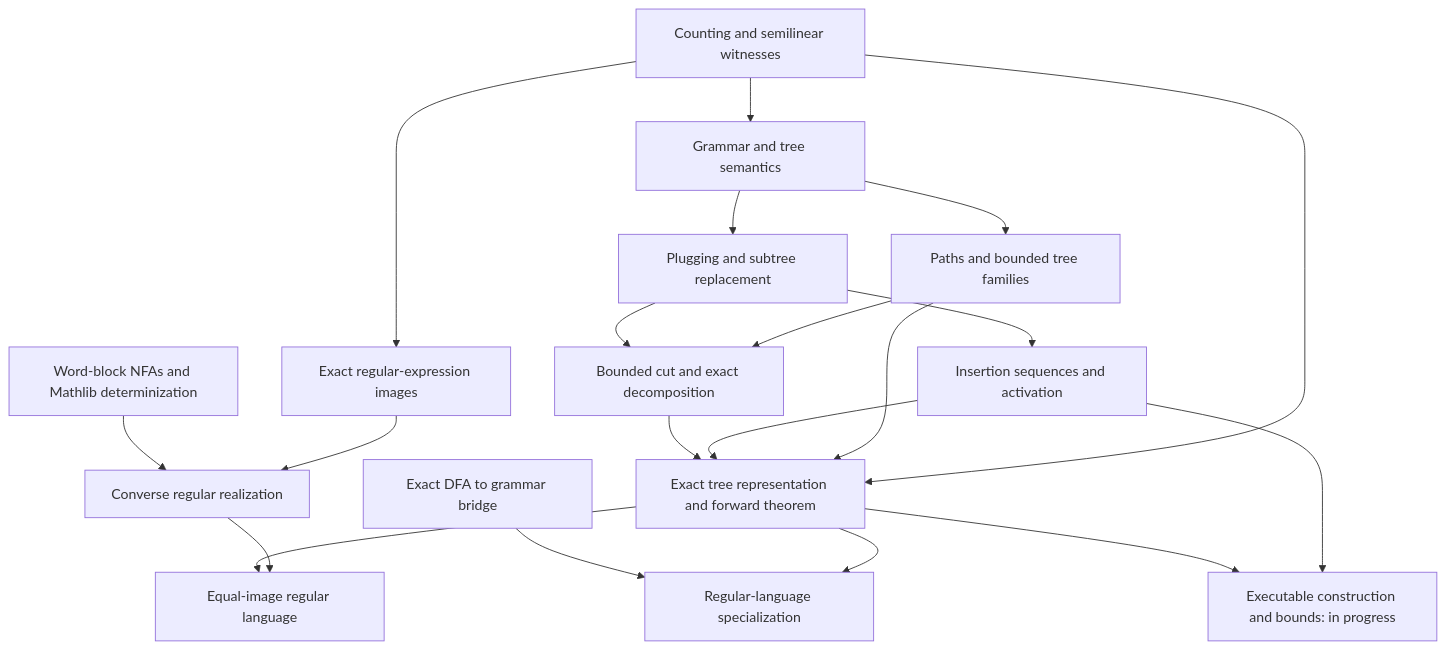
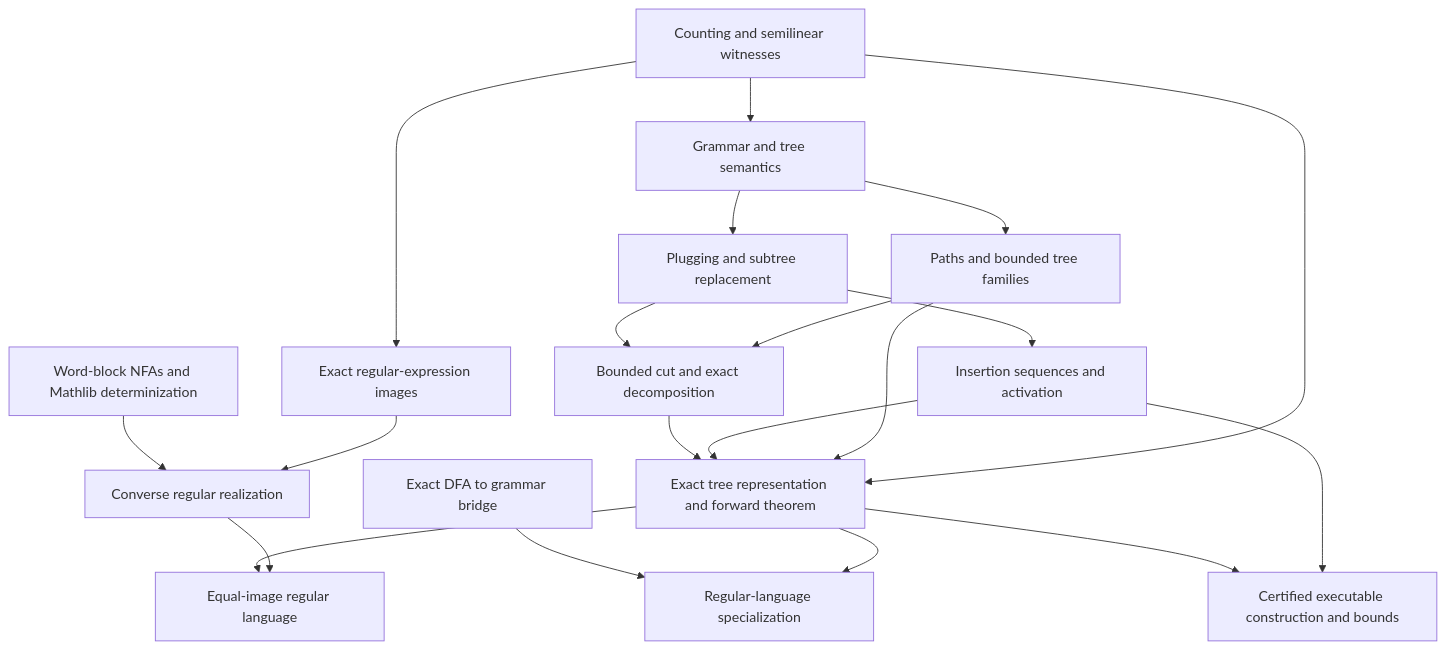
One commit to focs-lab/parikh-theorem changed the diagram in README.md. Above: the diagram before and after it, drawn with Mermaid. The commit also changed other lines of this file and 15 other files, not shown here.

Commit message:
Implement certified executable grammar-to-witness compiler

````diff
--- a/README.md
+++ b/README.md
@@ -122,22 +123,22 @@
 ```mermaid
 flowchart TD
   Counting[Counting and semilinear witnesses] --> Trees[Grammar and tree semantics]
   Trees --> Surgery[Plugging and subtree replacement]
   Trees --> Finiteness[Paths and bounded tree families]
   Surgery --> Decomposition[Bounded cut and exact decomposition]
   Finiteness --> Decomposition
   Surgery --> Activation[Insertion sequences and activation]
   Decomposition --> Forward[Exact tree representation and forward theorem]
   Activation --> Forward
   Finiteness --> Forward
   Counting --> Forward
   Counting --> Regular[Exact regular-expression images]
   Automata[Word-block NFAs and Mathlib determinization] --> Converse[Converse regular realization]
   Regular --> Converse
   Forward --> EqualImage[Equal-image regular language]
   Converse --> EqualImage
   DFAGrammar[Exact DFA to grammar bridge] --> Specialization[Regular-language specialization]
   Forward --> Specialization
-  Forward --> Effective[Executable construction and bounds: in progress]
+  Forward --> Effective[Certified executable construction and bounds]
   Activation --> Effective
 ```
````
